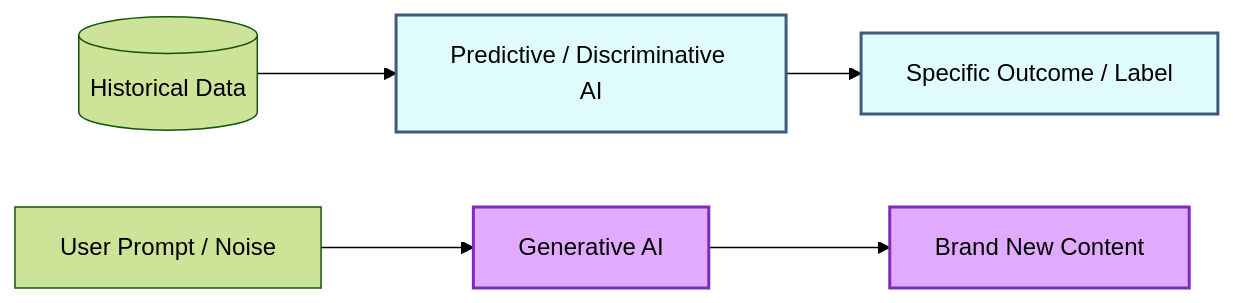
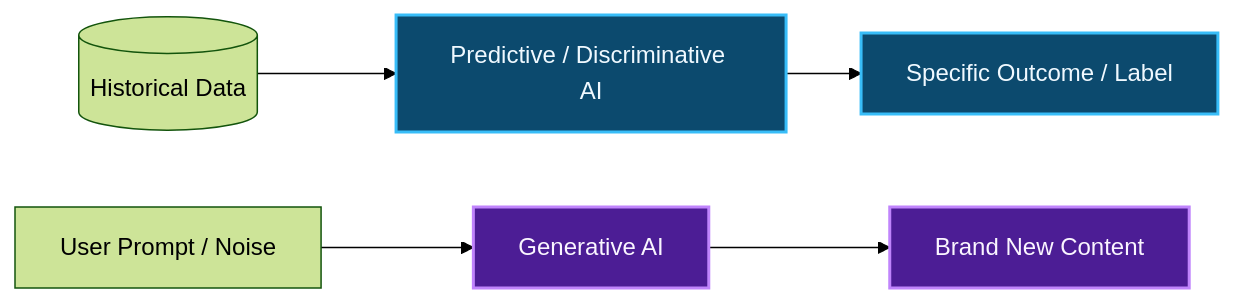
The third of 5 diagrams in AI-ML/Lec 02 - Introduction to Generative AI (Simplified).md (dulithdivisekara/SLIIT-Y2S1-vault), drawn with Mermaid (forest theme) before and after one commit. The commit also changed other lines of this file, not shown here.

Commit message:
Update AI definitions and diagram styles in lecture notes

````diff
--- a/AI-ML/Lec 02 - Introduction to Generative AI (Simplified).md
+++ b/AI-ML/Lec 02 - Introduction to Generative AI (Simplified).md
@@ -70,11 +63,12 @@
 ```mermaid
 graph LR
-    classDef pred fill:#e0fbfc,stroke:#3d5a80,stroke-width:2px;
-    classDef gen fill:#e0aaff,stroke:#7b2cbf,stroke-width:2px;
+    classDef pred fill:#0c4a6e,stroke:#38bdf8,stroke-width:2px,color:#f0f9ff;
+    classDef gen fill:#4c1d95,stroke:#c084fc,stroke-width:2px,color:#faf5ff;
 
     Data[(Historical Data)] --> P_AI[Predictive / Discriminative AI]:::pred
     P_AI --> Out1[Specific Outcome / Label]:::pred
 
     Prompt[User Prompt / Noise] --> G_AI[Generative AI]:::gen
     G_AI --> Out2[Brand New Content]:::gen
+
 ```
````
